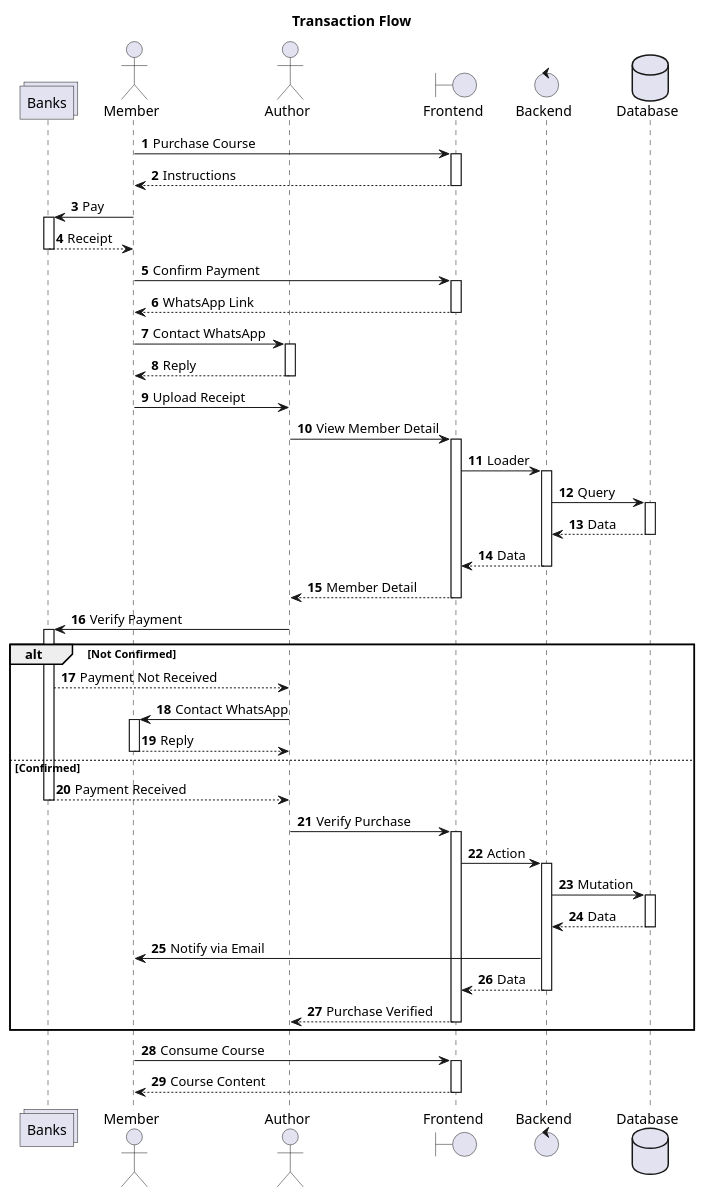
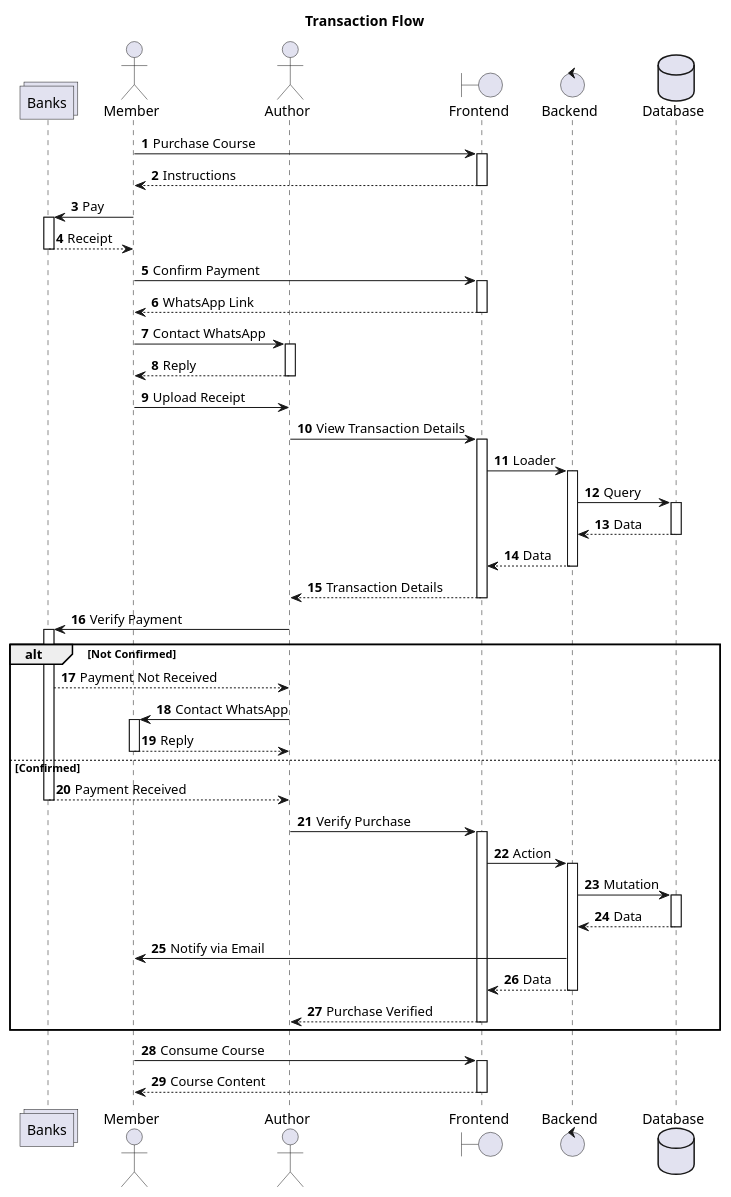
One commit to zainfathoni/kelas.rumahberbagi.com changed the diagram in docs/diagrams/transaction-flow.puml. Above: the diagram before and after it, drawn with PlantUML.

Commit message:
docs: rename View Member Detail to View Transaction Details

```diff
--- a/docs/diagrams/transaction-flow.puml
+++ b/docs/diagrams/transaction-flow.puml
@@ -1,60 +1,60 @@
 @startuml "Transaction Flow"
 title "Transaction Flow"
 
 collections Banks
 actor Member
 actor Author
 boundary Frontend as FE
 control Backend as BE
 database Database as DB
 
 autonumber
 autoactivate on
 
 Member -> FE: Purchase Course
 return Instructions
 Member -> Banks: Pay
 return Receipt
 Member -> FE: Confirm Payment
 return WhatsApp Link
 Member -> Author: Contact WhatsApp
 return Reply
 
 autoactivate off
 Member -> Author: Upload Receipt
 autoactivate on
 
-Author -> FE: View Member Detail
+Author -> FE: View Transaction Details
 FE -> BE: Loader
 BE -> DB: Query
 return Data
 return Data
-return Member Detail
+return Transaction Details
 
 Author -> Banks: Verify Payment
 
 autoactivate off
 
 alt Not Confirmed
   Banks --> Author: Payment Not Received
   autoactivate on
   Author -> Member: Contact WhatsApp
   return Reply
 else Confirmed
   return Payment Received
   Author -> FE: Verify Purchase
   FE -> BE: Action
   BE -> DB: Mutation
   return Data
 
   autoactivate off
   BE -> Member: Notify via Email
   autoactivate on
 
   return Data
   return Purchase Verified
 end
 
 Member -> FE: Consume Course
 return Course Content
 @enduml
```
